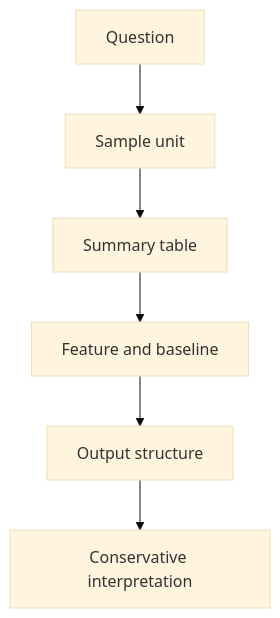
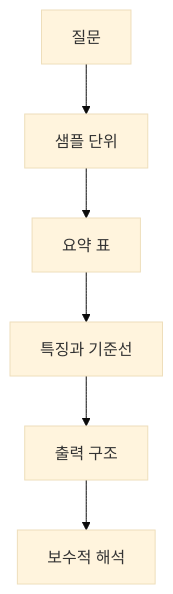
One commit to devchan64/AiBook changed the diagram in docs/parts/part-03/chapter-01/section-02.md. Above: the diagram before and after it, drawn with Mermaid (base theme). The commit also changed 45 other files, not shown here.

Commit message:
docs: localize part 3 mermaid diagrams

````diff
--- a/docs/parts/part-03/chapter-01/section-02.md
+++ b/docs/parts/part-03/chapter-01/section-02.md
@@ -25,8 +25,8 @@
 ```mermaid
 flowchart TD
-    A[Question] --> B[Sample unit]
-    B --> C[Summary table]
-    C --> D[Feature and baseline]
-    D --> E[Output structure]
-    E --> F[Conservative interpretation]
+    A[질문] --> B[샘플 단위]
+    B --> C[요약 표]
+    C --> D[특징과 기준선]
+    D --> E[출력 구조]
+    E --> F[보수적 해석]
 ```
````
